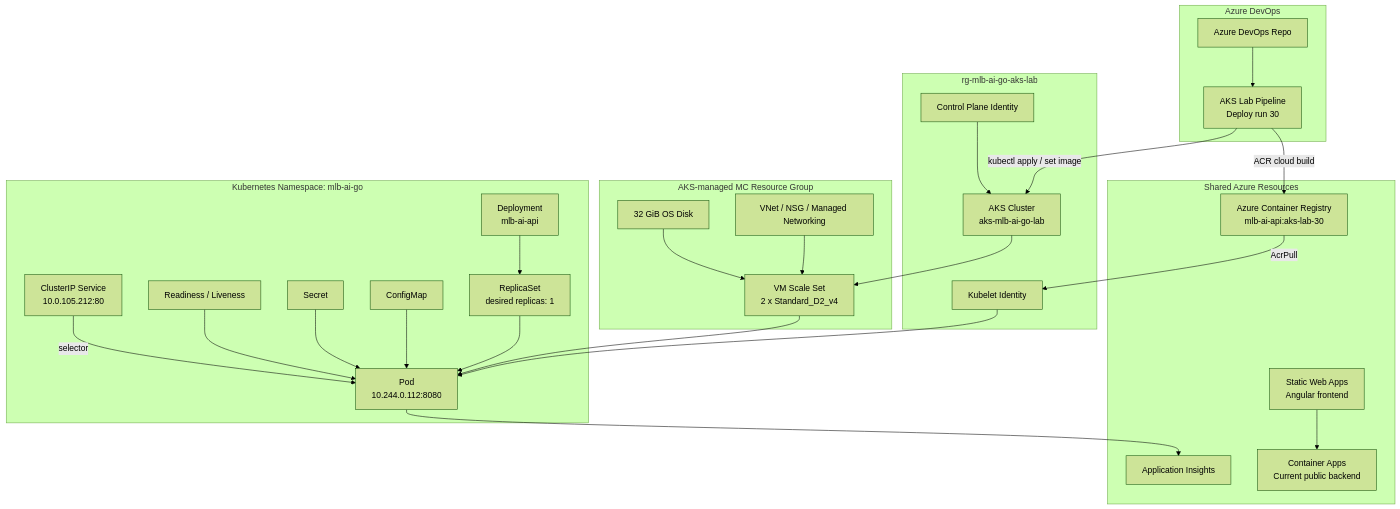
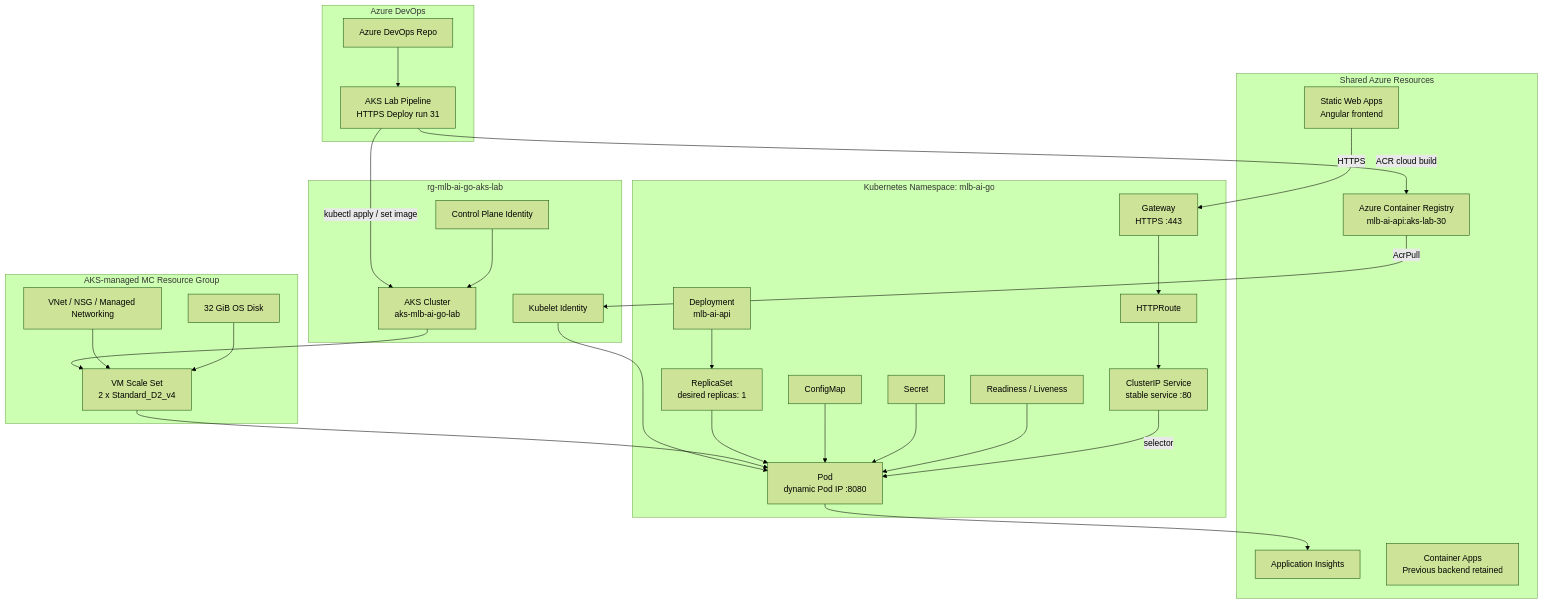
One commit to sungYiCheng/MLB changed the first of 3 diagrams in docs/kubernetes-runtime-lab.md. Above: the diagram before and after it, drawn with Mermaid (forest theme). The commit also changed other lines of this file and 4 other files, not shown here.

````diff
--- a/docs/kubernetes-runtime-lab.md
+++ b/docs/kubernetes-runtime-lab.md
@@ -97,57 +99,61 @@
 ```mermaid
 flowchart TB
     subgraph Delivery[Azure DevOps]
         Repo[Azure DevOps Repo]
-        Pipeline[AKS Lab Pipeline<br/>Deploy run 30]
+        Pipeline[AKS Lab Pipeline<br/>HTTPS Deploy run 31]
     end
 
     subgraph SharedAzure[Shared Azure Resources]
         ACR[Azure Container Registry<br/>mlb-ai-api:aks-lab-30]
         AppInsights[Application Insights]
         SWA[Static Web Apps<br/>Angular frontend]
-        ContainerApp[Container Apps<br/>Current public backend]
+        ContainerApp[Container Apps<br/>Previous backend retained]
     end
 
     subgraph AKSResourceGroup[rg-mlb-ai-go-aks-lab]
         AKS[AKS Cluster<br/>aks-mlb-ai-go-lab]
         ControlIdentity[Control Plane Identity]
         KubeletIdentity[Kubelet Identity]
     end
 
     subgraph NodeResourceGroup[AKS-managed MC Resource Group]
         VMSS[VM Scale Set<br/>2 x Standard_D2_v4]
         Network[VNet / NSG / Managed Networking]
         Disk[32 GiB OS Disk]
     end
 
     subgraph Kubernetes[Kubernetes Namespace: mlb-ai-go]
         Deployment[Deployment<br/>mlb-ai-api]
         ReplicaSet[ReplicaSet<br/>desired replicas: 1]
-        Pod[Pod<br/>10.244.0.112:8080]
-        Service[ClusterIP Service<br/>10.0.105.212:80]
+        Pod[Pod<br/>dynamic Pod IP :8080]
+        Service[ClusterIP Service<br/>stable service :80]
+        Gateway[Gateway<br/>HTTPS :443]
+        Route[HTTPRoute]
         ConfigMap[ConfigMap]
         Secret[Secret]
         Probes[Readiness / Liveness]
     end
 
     Repo --> Pipeline
     Pipeline -->|ACR cloud build| ACR
     Pipeline -->|kubectl apply / set image| AKS
     ACR -->|AcrPull| KubeletIdentity
     KubeletIdentity --> Pod
     ControlIdentity --> AKS
     AKS --> VMSS
     VMSS --> Pod
     Network --> VMSS
     Disk --> VMSS
 
     Deployment --> ReplicaSet
     ReplicaSet --> Pod
     ConfigMap --> Pod
     Secret --> Pod
     Probes --> Pod
     Service -->|selector| Pod
+    Gateway --> Route
+    Route --> Service
     Pod --> AppInsights
 
-    SWA --> ContainerApp
+    SWA -->|HTTPS| Gateway
 ```
````
